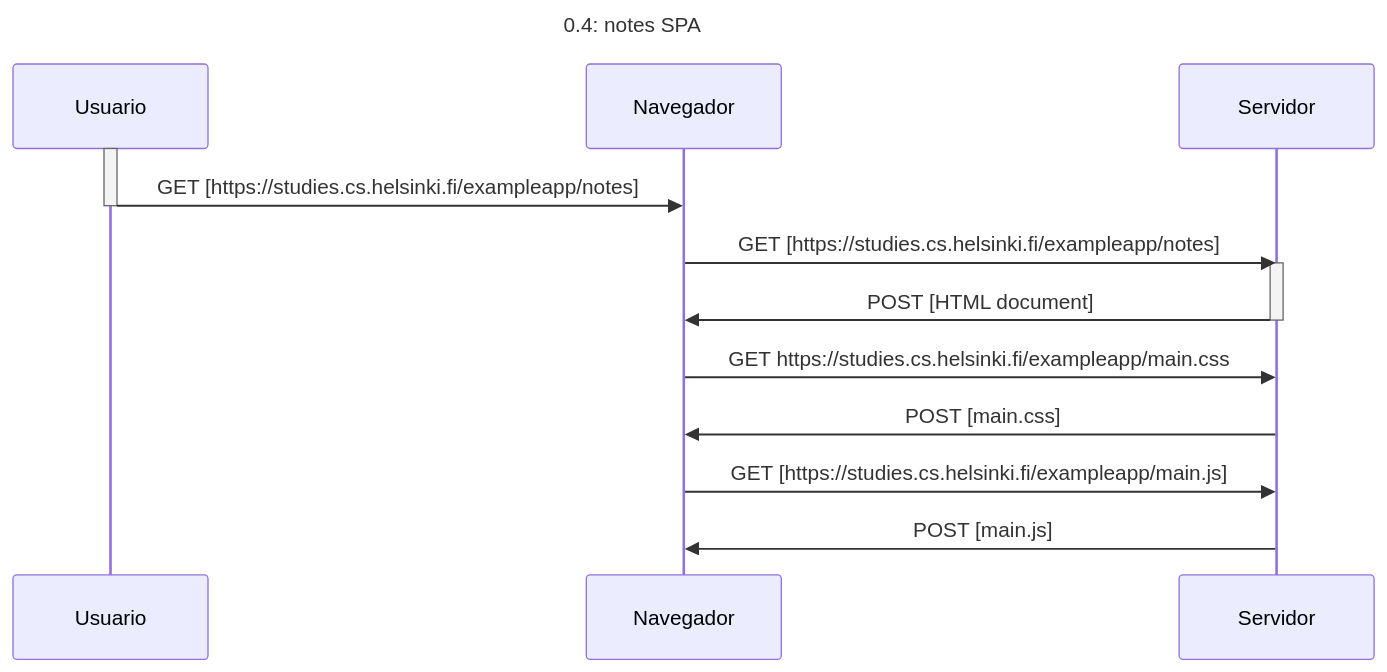
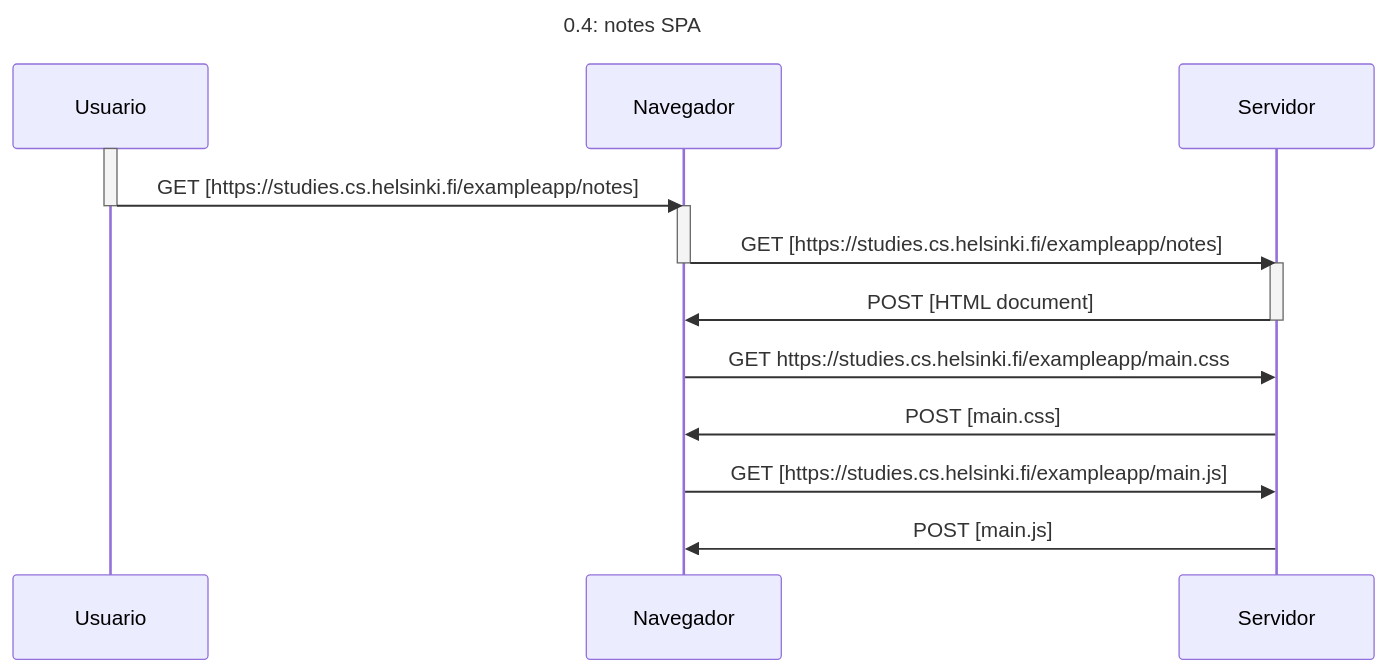
Before and after one commit to thecrusher2345/Full-Stack-Open-2023: the diagram in 0.4: Nuevo diagrama de nota.md, drawn with Mermaid.

Commit message:
Update 0.4: Nuevo diagrama de nota.md

````diff
--- a/0.4: Nuevo diagrama de nota.md
+++ b/0.4: Nuevo diagrama de nota.md
@@ -3,27 +3,28 @@
 ```mermaid
 sequenceDiagram
     Title: 0.4: notes SPA
 
     participant Usuario
     participant Navegador
     participant Servidor
     
 
     activate Usuario
     Usuario->>Navegador: GET [https://studies.cs.helsinki.fi/exampleapp/notes]
     deactivate Usuario
-    
+    activate Navegador
     Navegador->>Servidor: GET [https://studies.cs.helsinki.fi/exampleapp/notes]
+    deactivate Navegador
     activate Servidor
     Servidor->>Navegador: POST [HTML document]
     deactivate Servidor
 
     Navegador->>Servidor: GET https://studies.cs.helsinki.fi/exampleapp/main.css
     Servidor->>Navegador: POST [main.css]
 
     Navegador->>Servidor: GET [https://studies.cs.helsinki.fi/exampleapp/main.js]
     Servidor->>Navegador: POST [main.js]
     
 
 
 ```
````
